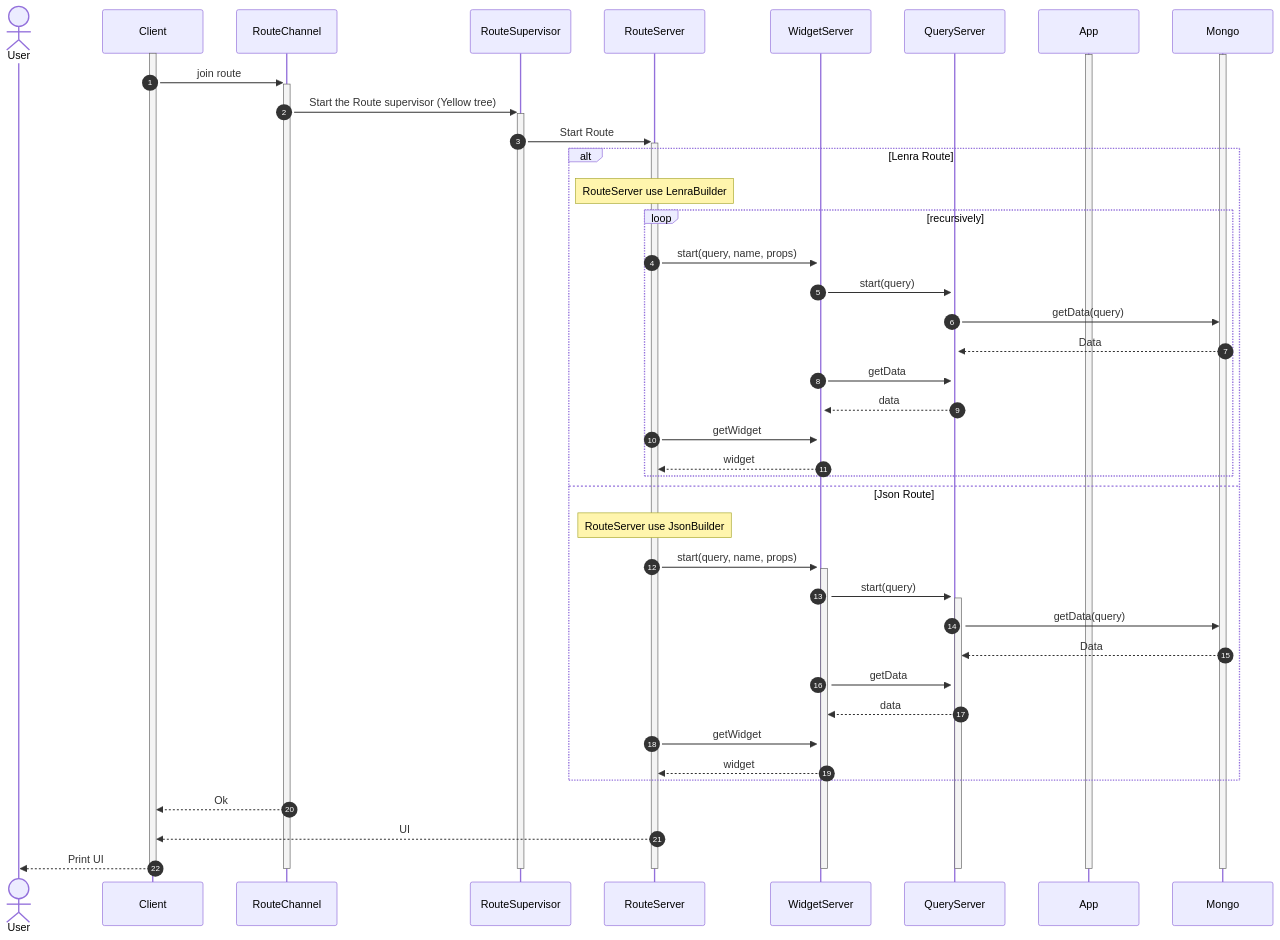
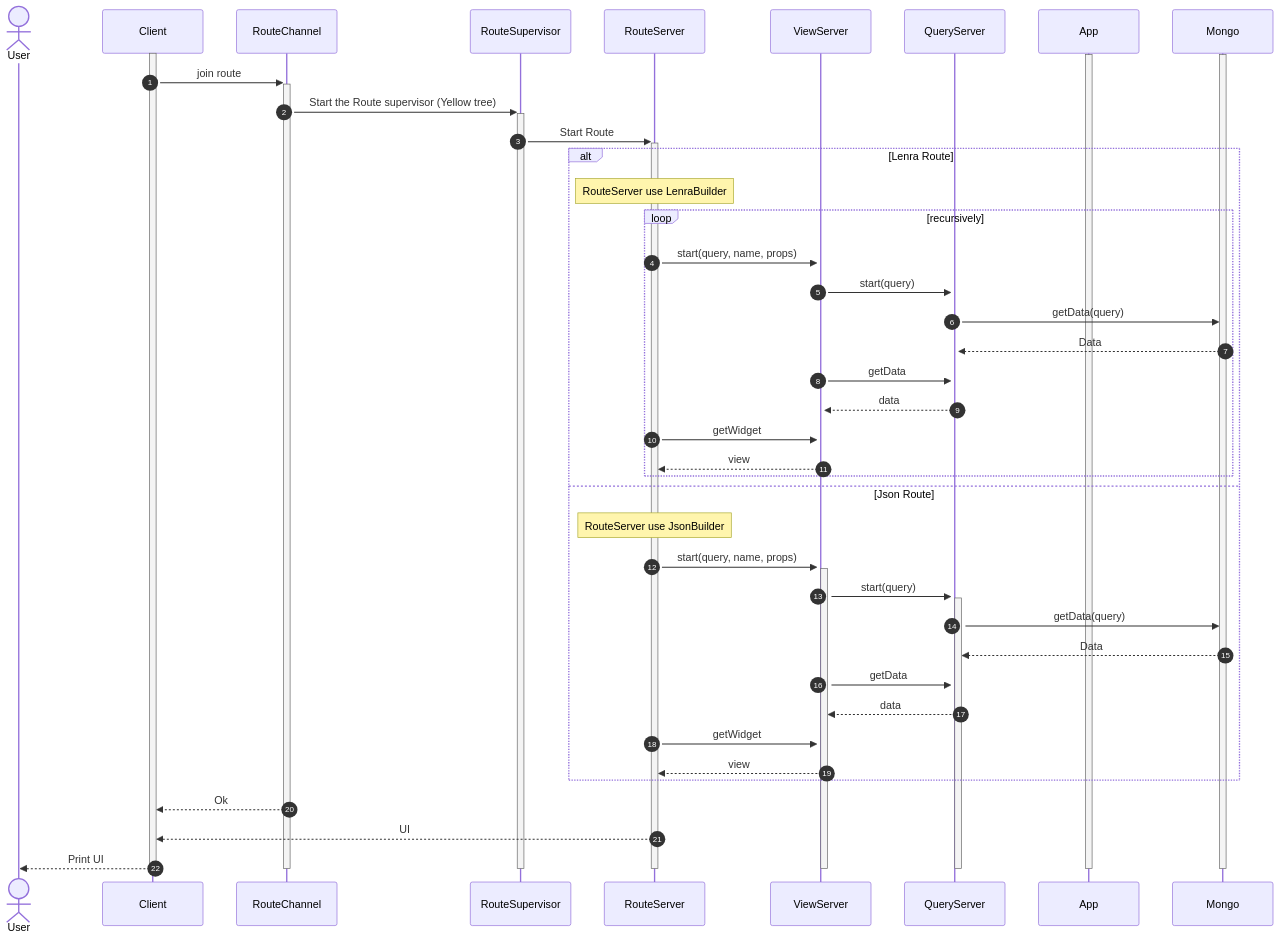
Before and after one commit to lenra-io/application-runner: the second of 4 diagrams in docs/AppRunnerExplained.md, drawn with Mermaid. The commit also changed other lines of this file and 20 other files, not shown here.

Commit message:
feat!: widget to view

````diff
--- a/docs/AppRunnerExplained.md
+++ b/docs/AppRunnerExplained.md
@@ -66,54 +66,54 @@
 ```mermaid
 sequenceDiagram
     autonumber
     actor User
     participant Client
     participant RouteChannel
     participant RouteSupervisor
     participant RouteServer
-    participant WidgetServer
+    participant ViewServer
     participant QueryServer
     participant App
     participant Mongo
     activate Client
     activate Mongo
     activate App
     Client->>+RouteChannel: join route
     RouteChannel->>+RouteSupervisor: Start the Route supervisor (Yellow tree)
     RouteSupervisor->>+RouteServer: Start Route
     alt Lenra Route
         Note over RouteServer: RouteServer use LenraBuilder
         loop recursively
-            RouteServer->>+WidgetServer: start(query, name, props)
-            WidgetServer->>+QueryServer: start(query)
+            RouteServer->>+ViewServer: start(query, name, props)
+            ViewServer->>+QueryServer: start(query)
             QueryServer->>Mongo: getData(query)
             Mongo-->>QueryServer: Data
-            WidgetServer->>QueryServer: getData
-            QueryServer-->>WidgetServer: data
-            RouteServer->>WidgetServer: getWidget
-            WidgetServer-->>RouteServer: widget
+            ViewServer->>QueryServer: getData
+            QueryServer-->>ViewServer: data
+            RouteServer->>ViewServer: getWidget
+            ViewServer-->>RouteServer: view
         end
     else Json Route
         Note over RouteServer: RouteServer use JsonBuilder
-        RouteServer->>+WidgetServer: start(query, name, props)
-        WidgetServer->>+QueryServer: start(query)
+        RouteServer->>+ViewServer: start(query, name, props)
+        ViewServer->>+QueryServer: start(query)
         QueryServer->>Mongo: getData(query)
         Mongo-->>QueryServer: Data
-        WidgetServer->>QueryServer: getData
-        QueryServer-->>WidgetServer: data
-        RouteServer->>WidgetServer: getWidget
-        WidgetServer-->>RouteServer: widget
+        ViewServer->>QueryServer: getData
+        QueryServer-->>ViewServer: data
+        RouteServer->>ViewServer: getWidget
+        ViewServer-->>RouteServer: view
     end
     RouteChannel-->>Client: Ok
     RouteServer-->>Client: UI
     Client-->>User: Print UI
 
     deactivate Client
     deactivate Mongo
     deactivate App
     deactivate RouteChannel
     deactivate RouteSupervisor
     deactivate RouteServer
-    deactivate WidgetServer
+    deactivate ViewServer
     deactivate QueryServer
 ```
````
